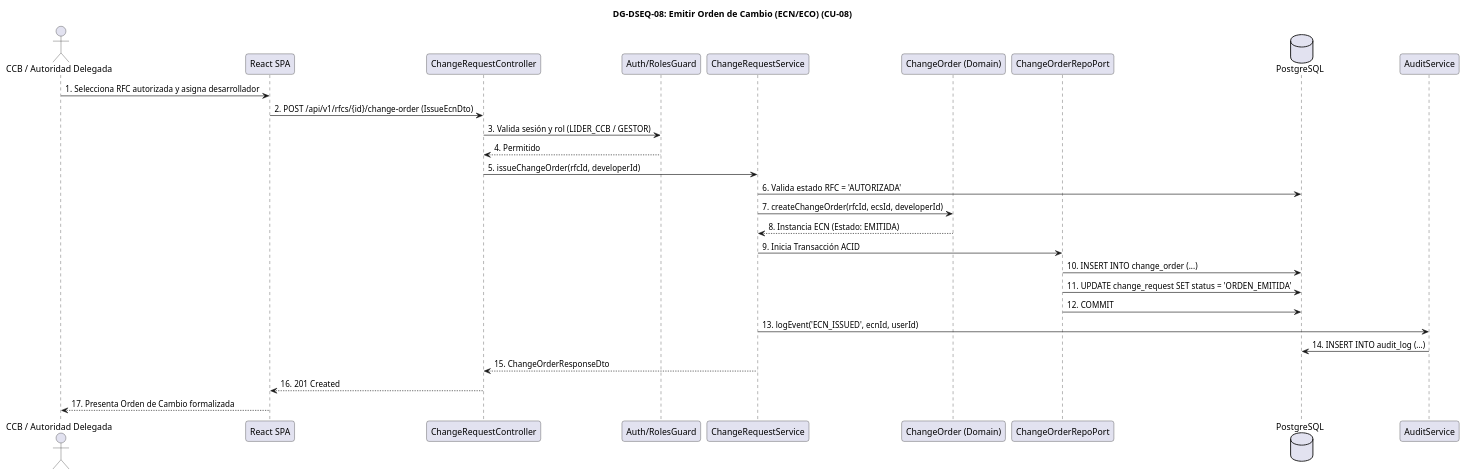
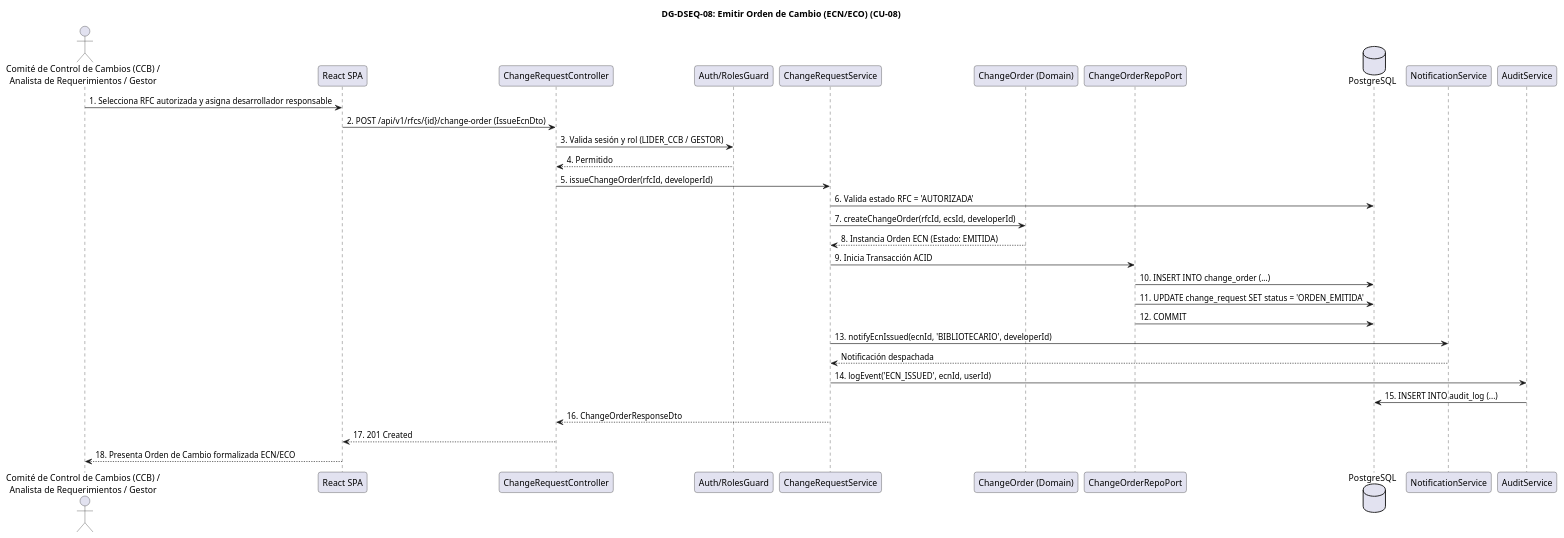
The seventh of 15 diagrams in FD05-EPIS-Informe_SAD_Diseno.md (JMedina255/TraceFlow), drawn with PlantUML before and after one commit. The commit also changed other lines of this file and 6 other files, not shown here.

````diff
--- a/FD05-EPIS-Informe_SAD_Diseno.md
+++ b/FD05-EPIS-Informe_SAD_Diseno.md
@@ -1371,38 +1404,41 @@
 ```plantuml
 @startuml
 skinparam shadowing false
 skinparam roundcorner 8
 skinparam defaultFontName Arial
 
 title <b>DG-DSEQ-08: Emitir Orden de Cambio (ECN/ECO) (CU-08)</b>
 
-actor "CCB / Autoridad Delegada" as Actor
+actor "Comité de Control de Cambios (CCB) /\nAnalista de Requerimientos / Gestor" as Actor
 participant "React SPA" as UI
 participant "ChangeRequestController" as Ctrl
 participant "Auth/RolesGuard" as Guard
 participant "ChangeRequestService" as Service
 participant "ChangeOrder (Domain)" as Domain
 participant "ChangeOrderRepoPort" as Repo
 database "PostgreSQL" as DB
+participant "NotificationService" as Notify
 participant "AuditService" as Audit
 
-Actor -> UI : 1. Selecciona RFC autorizada y asigna desarrollador
+Actor -> UI : 1. Selecciona RFC autorizada y asigna desarrollador responsable
 UI -> Ctrl : 2. POST /api/v1/rfcs/{id}/change-order (IssueEcnDto)
 Ctrl -> Guard : 3. Valida sesión y rol (LIDER_CCB / GESTOR)
 Guard --> Ctrl : 4. Permitido
 Ctrl -> Service : 5. issueChangeOrder(rfcId, developerId)
 Service -> DB : 6. Valida estado RFC = 'AUTORIZADA'
 Service -> Domain : 7. createChangeOrder(rfcId, ecsId, developerId)
-Domain --> Service : 8. Instancia ECN (Estado: EMITIDA)
+Domain --> Service : 8. Instancia Orden ECN (Estado: EMITIDA)
 Service -> Repo : 9. Inicia Transacción ACID
 Repo -> DB : 10. INSERT INTO change_order (...)
 Repo -> DB : 11. UPDATE change_request SET status = 'ORDEN_EMITIDA'
 Repo -> DB : 12. COMMIT
-Service -> Audit : 13. logEvent('ECN_ISSUED', ecnId, userId)
-Audit -> DB : 14. INSERT INTO audit_log (...)
-Service --> Ctrl : 15. ChangeOrderResponseDto
-Ctrl --> UI : 16. 201 Created
-UI --> Actor : 17. Presenta Orden de Cambio formalizada
+Service -> Notify : 13. notifyEcnIssued(ecnId, 'BIBLIOTECARIO', developerId)
+Notify --> Service : Notificación despachada
+Service -> Audit : 14. logEvent('ECN_ISSUED', ecnId, userId)
+Audit -> DB : 15. INSERT INTO audit_log (...)
+Service --> Ctrl : 16. ChangeOrderResponseDto
+Ctrl --> UI : 17. 201 Created
+UI --> Actor : 18. Presenta Orden de Cambio formalizada ECN/ECO
 
 @enduml
 ```
````
